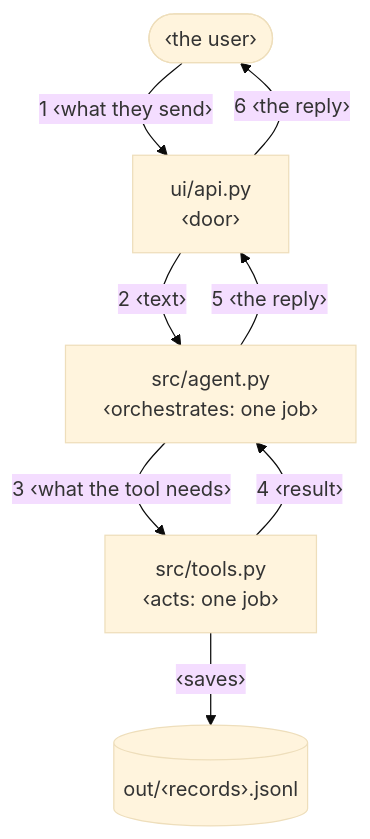
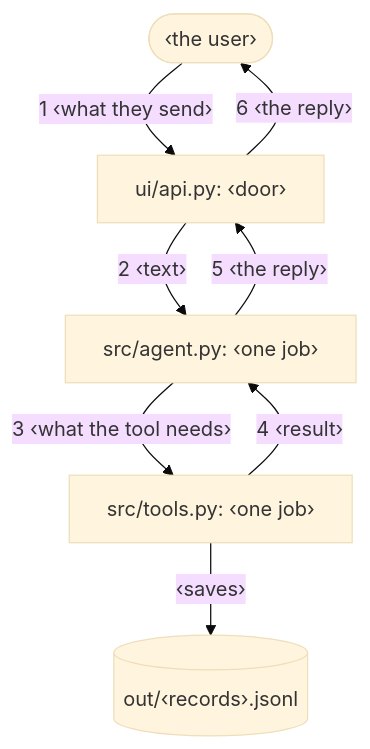
One commit to a1noh/kick-off changed the diagram in .claude/skills/discovery/templates/plan.md. Above: the diagram before and after it, drawn with Mermaid (base theme). The commit also changed 3 other files, not shown here.

Commit message:
simple diagrams: at most 8 boxes, labels 1-4 words, no <br/>

````diff
--- a/.claude/skills/discovery/templates/plan.md
+++ b/.claude/skills/discovery/templates/plan.md
@@ -36,16 +36,16 @@
 ```mermaid
 flowchart TD
   U(["‹the user›"])
-  API["ui/api.py<br/>‹door›"]
-  AG["src/agent.py<br/>‹orchestrates: one job›"]
-  TO["src/tools.py<br/>‹acts: one job›"]
+  API["ui/api.py: ‹door›"]
+  AG["src/agent.py: ‹one job›"]
+  TO["src/tools.py: ‹one job›"]
   D[("out/‹records›.jsonl")]
 
   U -- "1 ‹what they send›" --> API
   API -- "2 ‹text›" --> AG
   AG -- "3 ‹what the tool needs›" --> TO
   TO -- "4 ‹result›" --> AG
   AG -- "5 ‹the reply›" --> API
   API -- "6 ‹the reply›" --> U
   TO -- "‹saves›" --> D
 ```
````
